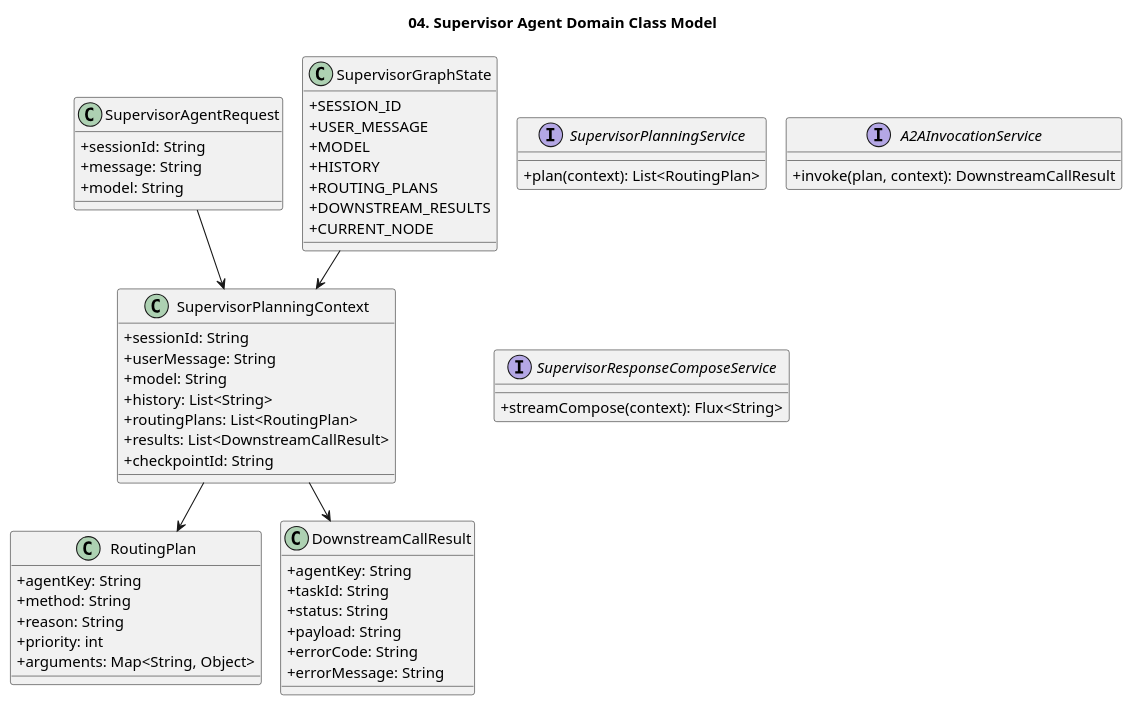
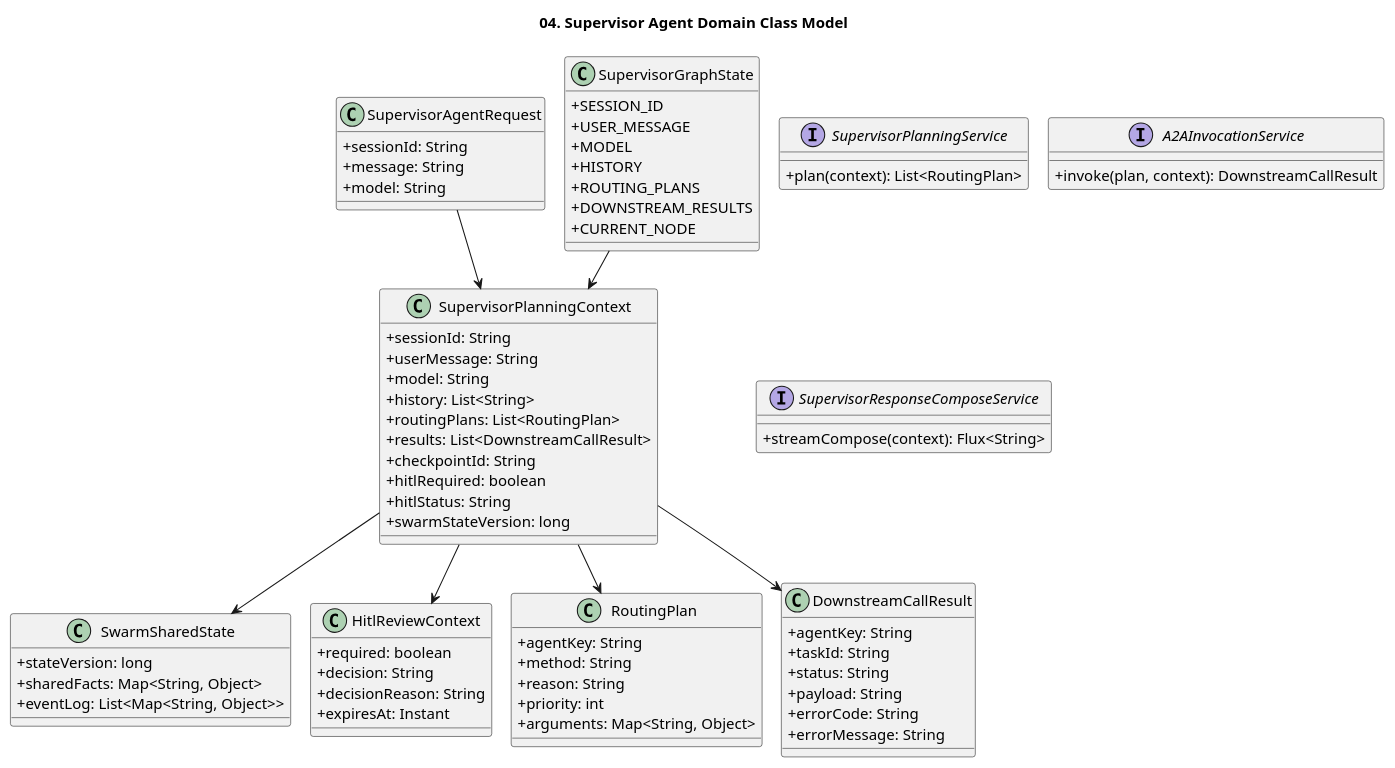
The diagram in documents/a2a-host_agent-architecture/04-domain-class-model.puml (kim57uak/spring-ai), drawn with PlantUML before and after one commit. The commit also changed 99 other files, not shown here.

Commit message:
feat: implement supervisor HITL swarm flow and task review updates

```diff
--- a/documents/a2a-host_agent-architecture/04-domain-class-model.puml
+++ b/documents/a2a-host_agent-architecture/04-domain-class-model.puml
@@ -1,68 +1,91 @@
 @startuml
 !pragma layout smetana
 title 04. Supervisor Agent Domain Class Model
 
 skinparam shadowing false
 skinparam classAttributeIconSize 0
 
 class SupervisorAgentRequest {
   +sessionId: String
   +message: String
   +model: String
 }
 
 class SupervisorPlanningContext {
   +sessionId: String
   +userMessage: String
   +model: String
   +history: List<String>
   +routingPlans: List<RoutingPlan>
   +results: List<DownstreamCallResult>
   +checkpointId: String
+  +hitlRequired: boolean
+  +hitlStatus: String
+  +swarmStateVersion: long
+}
+
+class SwarmSharedState {
+  +stateVersion: long
+  +sharedFacts: Map<String, Object>
+  +eventLog: List<Map<String, Object>>
+}
+
+class HitlReviewContext {
+  +required: boolean
+  +decision: String
+  +decisionReason: String
+  +expiresAt: Instant
 }
 
 class RoutingPlan {
   +agentKey: String
   +method: String
   +reason: String
   +priority: int
   +arguments: Map<String, Object>
 }
 
 class DownstreamCallResult {
   +agentKey: String
   +taskId: String
   +status: String
   +payload: String
   +errorCode: String
   +errorMessage: String
 }
 
 class SupervisorGraphState {
   +SESSION_ID
   +USER_MESSAGE
   +MODEL
   +HISTORY
   +ROUTING_PLANS
   +DOWNSTREAM_RESULTS
   +CURRENT_NODE
 }
 
 interface SupervisorPlanningService {
   +plan(context): List<RoutingPlan>
 }
 
 interface A2AInvocationService {
   +invoke(plan, context): DownstreamCallResult
 }
 
 interface SupervisorResponseComposeService {
   +streamCompose(context): Flux<String>
 }
 
 SupervisorAgentRequest --> SupervisorPlanningContext
 SupervisorPlanningContext --> RoutingPlan
 SupervisorPlanningContext --> DownstreamCallResult
+SupervisorPlanningContext --> SwarmSharedState
+SupervisorPlanningContext --> HitlReviewContext
 SupervisorGraphState --> SupervisorPlanningContext
 
+' 2026-04-12 sync with docs 30/31
+' - Scope: HITL decision limited to APPROVE/CANCEL in current phase
+' - Data mutation requests (create/update/delete) require mandatory HITL
+' - A2A compatibility mode keeps both legacy and v1.0 methods
+' - User profile input collection is deferred to next phase
 @enduml
```
